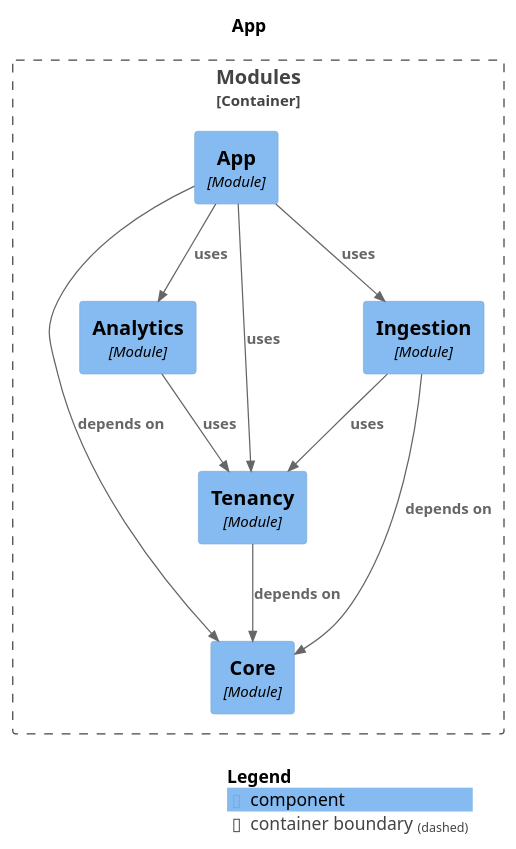
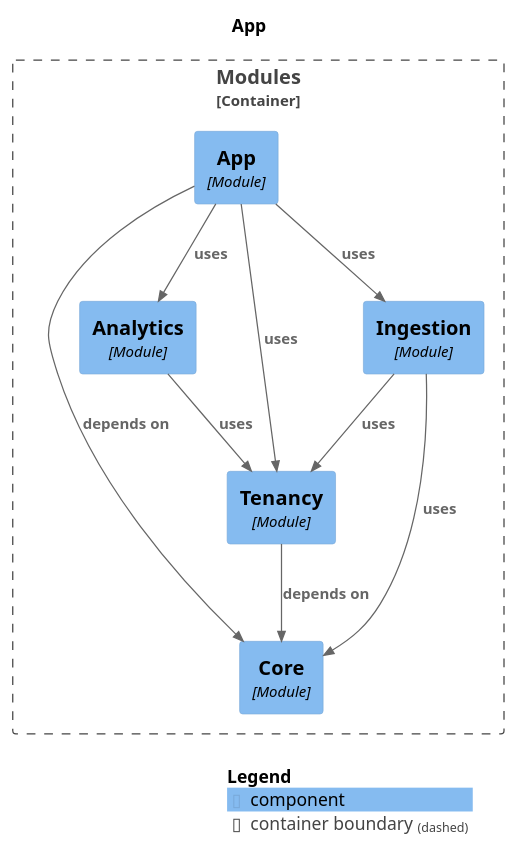
One commit to aliemrahpekesen/eKingProducitivtyMeter changed the diagram in docs/architecture/generated/modulith/module-app.puml. Above: the diagram before and after it, drawn with PlantUML. The commit also changed 4 other files, not shown here.

First line of the commit message:
docs(work): M2b wave-1 task record, DEBT-017/018 updates, regenerated diagrams [TASK-0021]

```diff
--- a/docs/architecture/generated/modulith/module-app.puml
+++ b/docs/architecture/generated/modulith/module-app.puml
@@ -1,29 +1,29 @@
 @startuml
 set separator none
 title App
 
 top to bottom direction
 
 !include <C4/C4>
 !include <C4/C4_Context>
 !include <C4/C4_Component>
 
 Container_Boundary("Modules.Modules_boundary", "Modules", $tags="") {
   Component(Modules.Modules.Analytics, "Analytics", $techn="Module", $descr="", $tags="", $link="")
   Component(Modules.Modules.App, "App", $techn="Module", $descr="", $tags="", $link="")
   Component(Modules.Modules.Core, "Core", $techn="Module", $descr="", $tags="", $link="")
   Component(Modules.Modules.Ingestion, "Ingestion", $techn="Module", $descr="", $tags="", $link="")
   Component(Modules.Modules.Tenancy, "Tenancy", $techn="Module", $descr="", $tags="", $link="")
 }
 
+Rel(Modules.Modules.Ingestion, Modules.Modules.Tenancy, "uses", $techn="", $tags="", $link="")
+Rel(Modules.Modules.Ingestion, Modules.Modules.Core, "uses", $techn="", $tags="", $link="")
+Rel(Modules.Modules.Analytics, Modules.Modules.Tenancy, "uses", $techn="", $tags="", $link="")
 Rel(Modules.Modules.App, Modules.Modules.Core, "depends on", $techn="", $tags="", $link="")
 Rel(Modules.Modules.App, Modules.Modules.Ingestion, "uses", $techn="", $tags="", $link="")
 Rel(Modules.Modules.App, Modules.Modules.Tenancy, "uses", $techn="", $tags="", $link="")
 Rel(Modules.Modules.App, Modules.Modules.Analytics, "uses", $techn="", $tags="", $link="")
-Rel(Modules.Modules.Analytics, Modules.Modules.Tenancy, "uses", $techn="", $tags="", $link="")
 Rel(Modules.Modules.Tenancy, Modules.Modules.Core, "depends on", $techn="", $tags="", $link="")
-Rel(Modules.Modules.Ingestion, Modules.Modules.Core, "depends on", $techn="", $tags="", $link="")
-Rel(Modules.Modules.Ingestion, Modules.Modules.Tenancy, "uses", $techn="", $tags="", $link="")
 
 SHOW_LEGEND(true)
 @enduml
```
